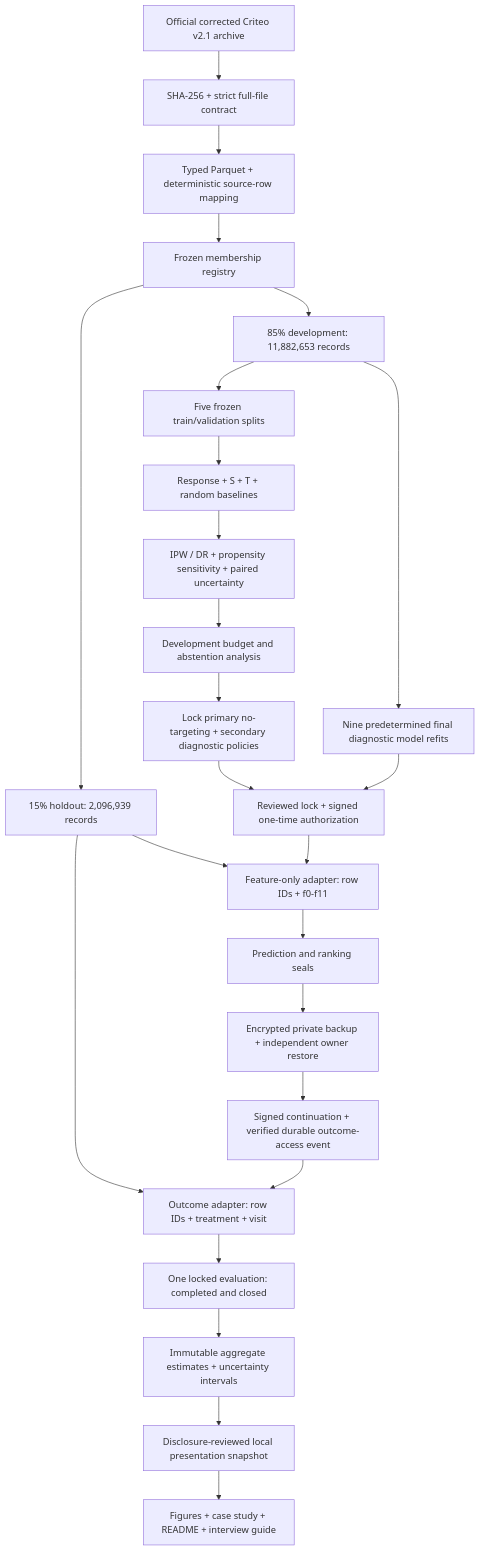
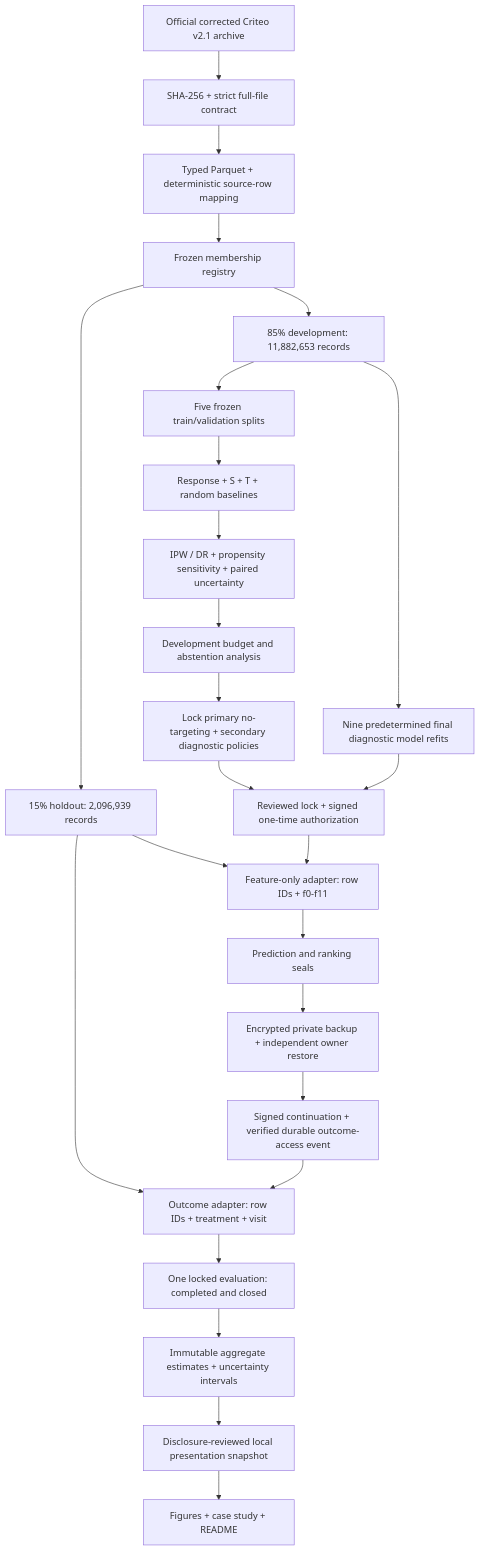
The diagram in docs/ARCHITECTURE.md (Sjaisw12/marketing-uplift-engine), drawn with Mermaid before and after one commit. The commit also changed 7 other files, not shown here.

````diff
--- a/docs/ARCHITECTURE.md
+++ b/docs/ARCHITECTURE.md
@@ -5,27 +5,27 @@
 ```mermaid
 flowchart TD
     A[Official corrected Criteo v2.1 archive] --> B[SHA-256 + strict full-file contract]
     B --> C[Typed Parquet + deterministic source-row mapping]
     C --> D[Frozen membership registry]
     D --> E[85% development: 11,882,653 records]
     D --> H[15% holdout: 2,096,939 records]
     E --> F[Five frozen train/validation splits]
     F --> G[Response + S + T + random baselines]
     G --> I[IPW / DR + propensity sensitivity + paired uncertainty]
     I --> J[Development budget and abstention analysis]
     J --> K[Lock primary no-targeting + secondary diagnostic policies]
     E --> L[Nine predetermined final diagnostic model refits]
     K --> M[Reviewed lock + signed one-time authorization]
     L --> M
     H --> N[Feature-only adapter: row IDs + f0-f11]
     M --> N
     N --> O[Prediction and ranking seals]
     O --> P[Encrypted private backup + independent owner restore]
     P --> Q[Signed continuation + verified durable outcome-access event]
     H --> R[Outcome adapter: row IDs + treatment + visit]
     Q --> R
     R --> S[One locked evaluation: completed and closed]
     S --> T[Immutable aggregate estimates + uncertainty intervals]
     T --> U[Disclosure-reviewed local presentation snapshot]
-    U --> V[Figures + case study + README + interview guide]
+    U --> V[Figures + case study + README]
 ```
````
